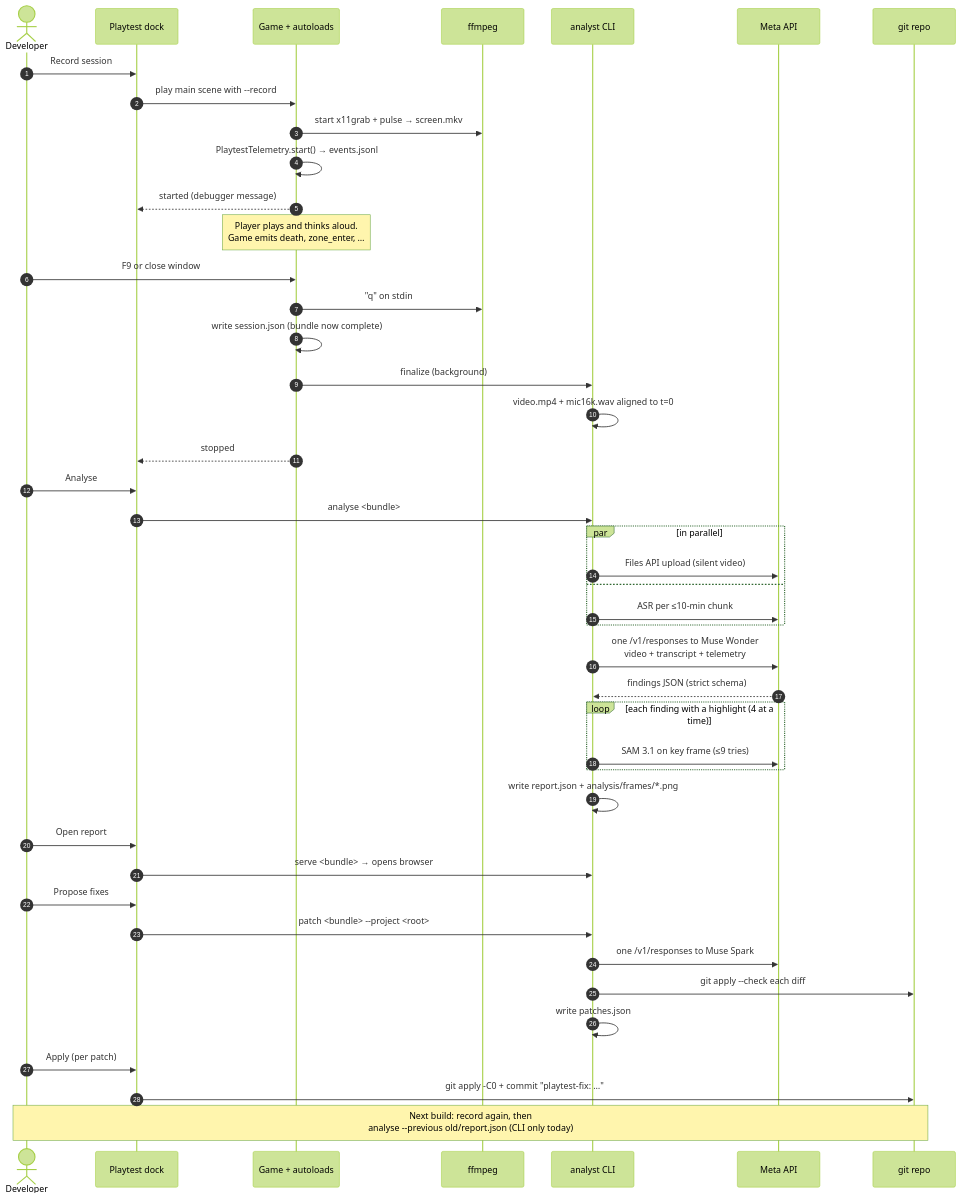
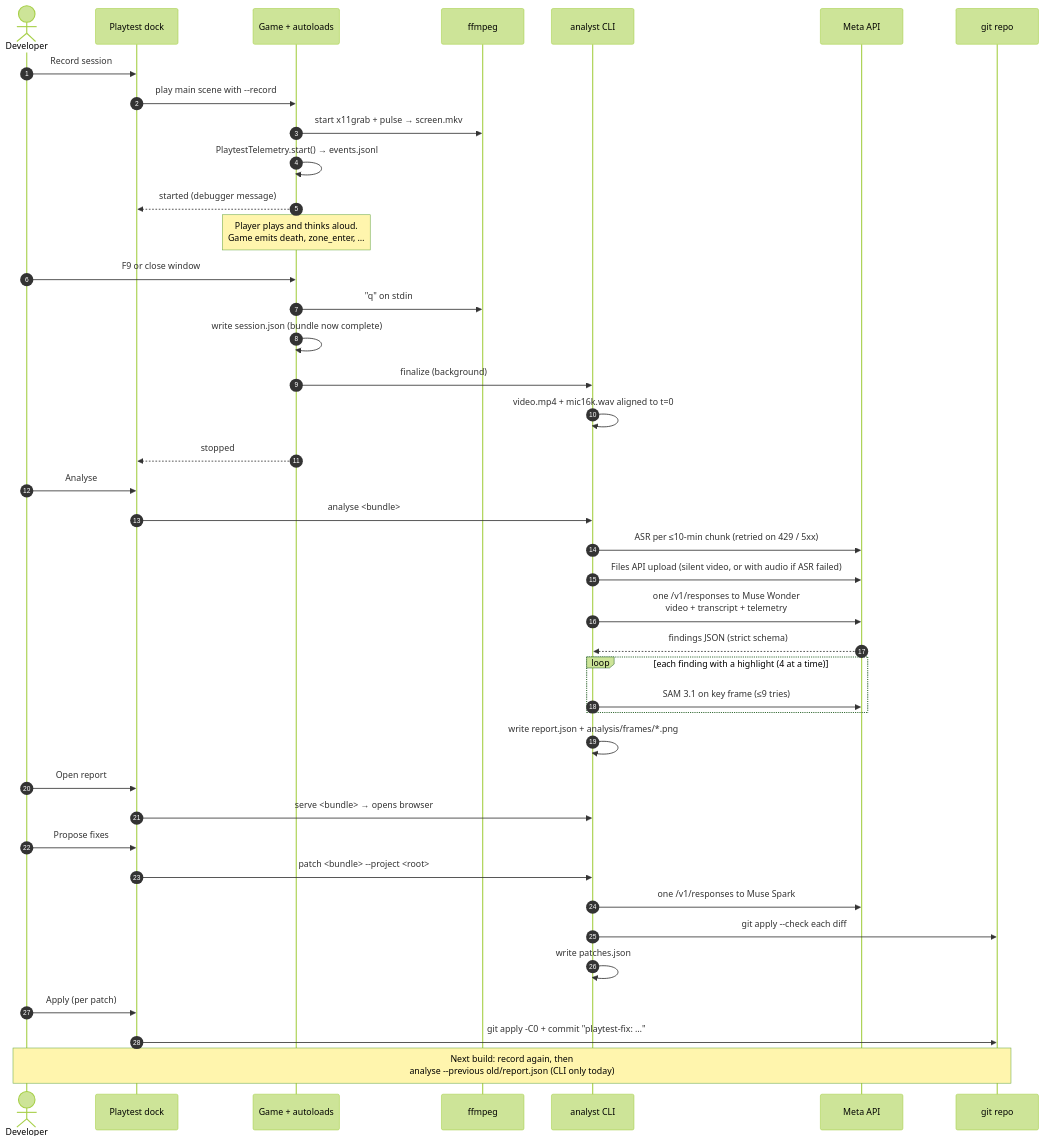
One commit to tornupgaming/playtest-analyst changed the second of 9 diagrams in docs/architecture.md. Above: the diagram before and after it, drawn with Mermaid (forest theme). The commit also changed other lines of this file and 14 other files, not shown here.

First line of the commit message:
TUG-135: retry ASR blips, upload the video once, retry a malformed patch answer, one-line CLI errors

````diff
--- a/docs/architecture.md
+++ b/docs/architecture.md
@@ -83,51 +83,48 @@
 ```mermaid
 sequenceDiagram
   autonumber
   actor Dev as Developer
   participant Dock as Playtest dock
   participant Game as Game + autoloads
   participant FF as ffmpeg
   participant CLI as analyst CLI
   participant Meta as Meta API
   participant Git as git repo
 
   Dev->>Dock: Record session
   Dock->>Game: play main scene with --record
   Game->>FF: start x11grab + pulse → screen.mkv
   Game->>Game: PlaytestTelemetry.start() → events.jsonl
   Game-->>Dock: started (debugger message)
   Note over Game: Player plays and thinks aloud.<br/>Game emits death, zone_enter, …
   Dev->>Game: F9 or close window
   Game->>FF: "q" on stdin
   Game->>Game: write session.json (bundle now complete)
   Game->>CLI: finalize (background)
   CLI->>CLI: video.mp4 + mic16k.wav aligned to t=0
   Game-->>Dock: stopped
 
   Dev->>Dock: Analyse
   Dock->>CLI: analyse <bundle>
-  par in parallel
-    CLI->>Meta: Files API upload (silent video)
-  and
-    CLI->>Meta: ASR per ≤10-min chunk
-  end
+  CLI->>Meta: ASR per ≤10-min chunk (retried on 429 / 5xx)
+  CLI->>Meta: Files API upload (silent video, or with audio if ASR failed)
   CLI->>Meta: one /v1/responses to Muse Wonder<br/>video + transcript + telemetry
   Meta-->>CLI: findings JSON (strict schema)
   loop each finding with a highlight (4 at a time)
     CLI->>Meta: SAM 3.1 on key frame (≤9 tries)
   end
   CLI->>CLI: write report.json + analysis/frames/*.png
 
   Dev->>Dock: Open report
   Dock->>CLI: serve <bundle> → opens browser
 
   Dev->>Dock: Propose fixes
   Dock->>CLI: patch <bundle> --project <root>
   CLI->>Meta: one /v1/responses to Muse Spark
   CLI->>Git: git apply --check each diff
   CLI->>CLI: write patches.json
   Dev->>Dock: Apply (per patch)
   Dock->>Git: git apply -C0 + commit "playtest-fix: …"
 
   Note over Dev,Git: Next build: record again, then<br/>analyse --previous old/report.json (CLI only today)
 ```
````
